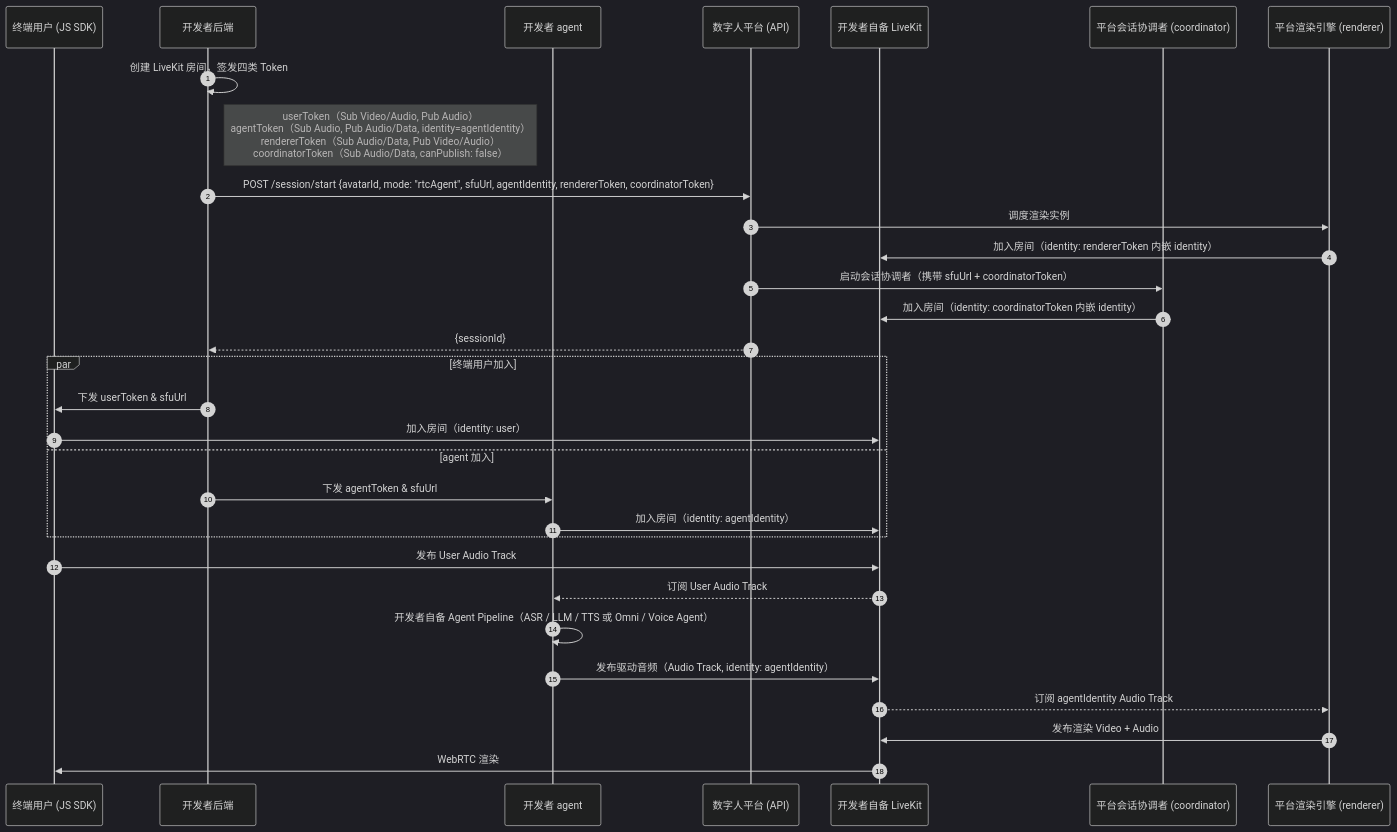
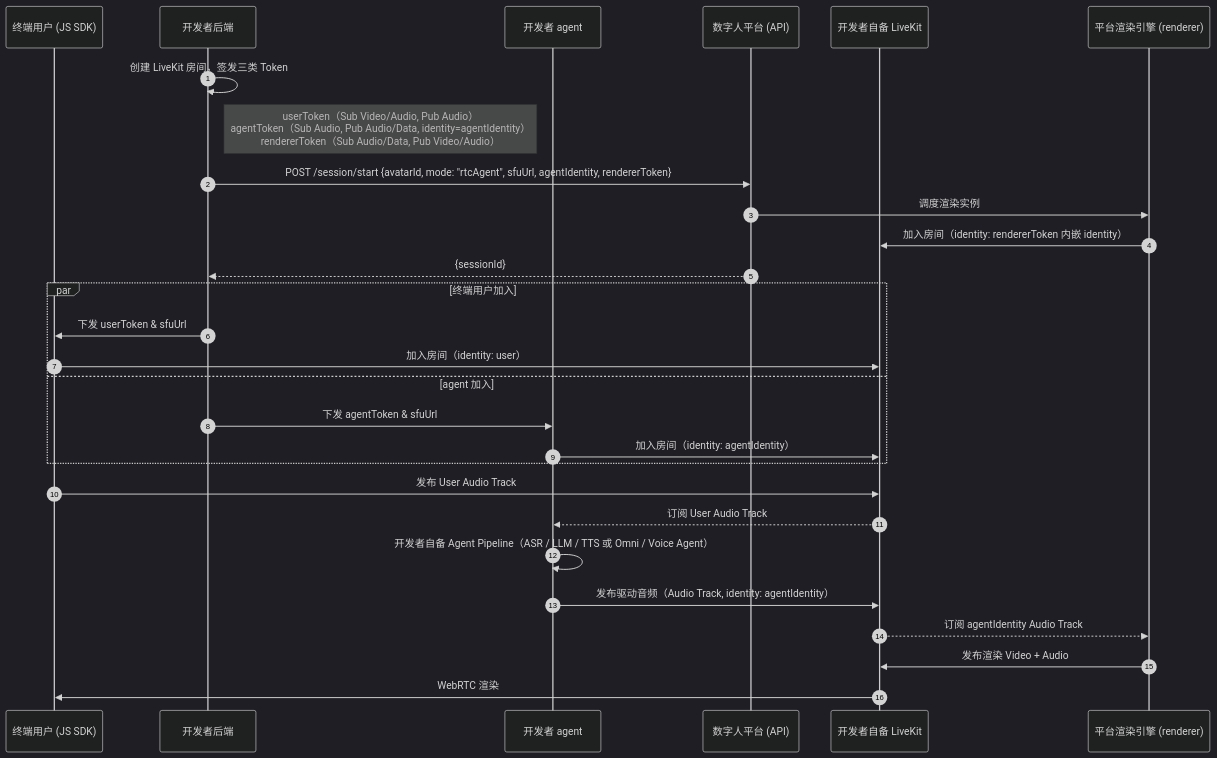
Before and after one commit to newportAI-lab/liveavatar-integration-guide: the third of 3 diagrams in Live Avatar Integration Guide.zh-CN.md, drawn with Mermaid (dark theme). The commit also changed other lines of this file and 2 other files, not shown here.

Commit message:
remove coordinator from participants

````diff
--- a/Live Avatar Integration Guide.zh-CN.md
+++ b/Live Avatar Integration Guide.zh-CN.md
@@ -533,38 +522,35 @@
 ```mermaid
 sequenceDiagram
     autonumber
     participant Client as 终端用户 (JS SDK)
     participant Backend as 开发者后端
     participant Agent as 开发者 agent
     participant Platform as 数字人平台 (API)
     participant DevLiveKit as 开发者自备 LiveKit
-    participant Coordinator as 平台会话协调者 (coordinator)
     participant Renderer as 平台渲染引擎 (renderer)
 
-    Backend->>Backend: 创建 LiveKit 房间，签发四类 Token
-    Note right of Backend: userToken（Sub Video/Audio, Pub Audio）<br/>agentToken（Sub Audio, Pub Audio/Data, identity=agentIdentity）<br/>rendererToken（Sub Audio/Data, Pub Video/Audio）<br/>coordinatorToken（Sub Audio/Data, canPublish: false）
+    Backend->>Backend: 创建 LiveKit 房间，签发三类 Token
+    Note right of Backend: userToken（Sub Video/Audio, Pub Audio）<br/>agentToken（Sub Audio, Pub Audio/Data, identity=agentIdentity）<br/>rendererToken（Sub Audio/Data, Pub Video/Audio）
 
-    Backend->>Platform: POST /session/start {avatarId, mode: "rtcAgent", sfuUrl, agentIdentity, rendererToken, coordinatorToken}
+    Backend->>Platform: POST /session/start {avatarId, mode: "rtcAgent", sfuUrl, agentIdentity, rendererToken}
     Platform->>Renderer: 调度渲染实例
     Renderer->>DevLiveKit: 加入房间（identity: rendererToken 内嵌 identity）
-    Platform->>Coordinator: 启动会话协调者（携带 sfuUrl + coordinatorToken）
-    Coordinator->>DevLiveKit: 加入房间（identity: coordinatorToken 内嵌 identity）
     Platform-->>Backend: {sessionId}
 
     par 终端用户加入
         Backend->>Client: 下发 userToken & sfuUrl
         Client->>DevLiveKit: 加入房间（identity: user）
     and agent 加入
         Backend->>Agent: 下发 agentToken & sfuUrl
         Agent->>DevLiveKit: 加入房间（identity: agentIdentity）
     end
 
     Client->>DevLiveKit: 发布 User Audio Track
     DevLiveKit-->>Agent: 订阅 User Audio Track
     Agent->>Agent: 开发者自备 Agent Pipeline（ASR / LLM / TTS 或 Omni / Voice Agent）
 
     Agent->>DevLiveKit: 发布驱动音频（Audio Track, identity: agentIdentity）
     DevLiveKit-->>Renderer: 订阅 agentIdentity Audio Track
     Renderer->>DevLiveKit: 发布渲染 Video + Audio
     DevLiveKit->>Client: WebRTC 渲染
 ```
````
